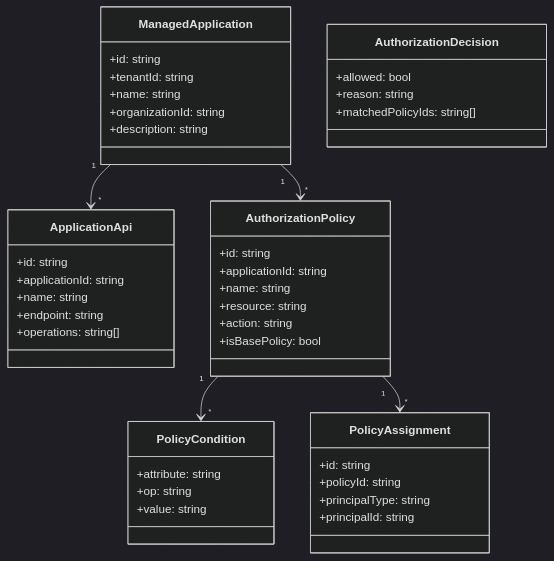
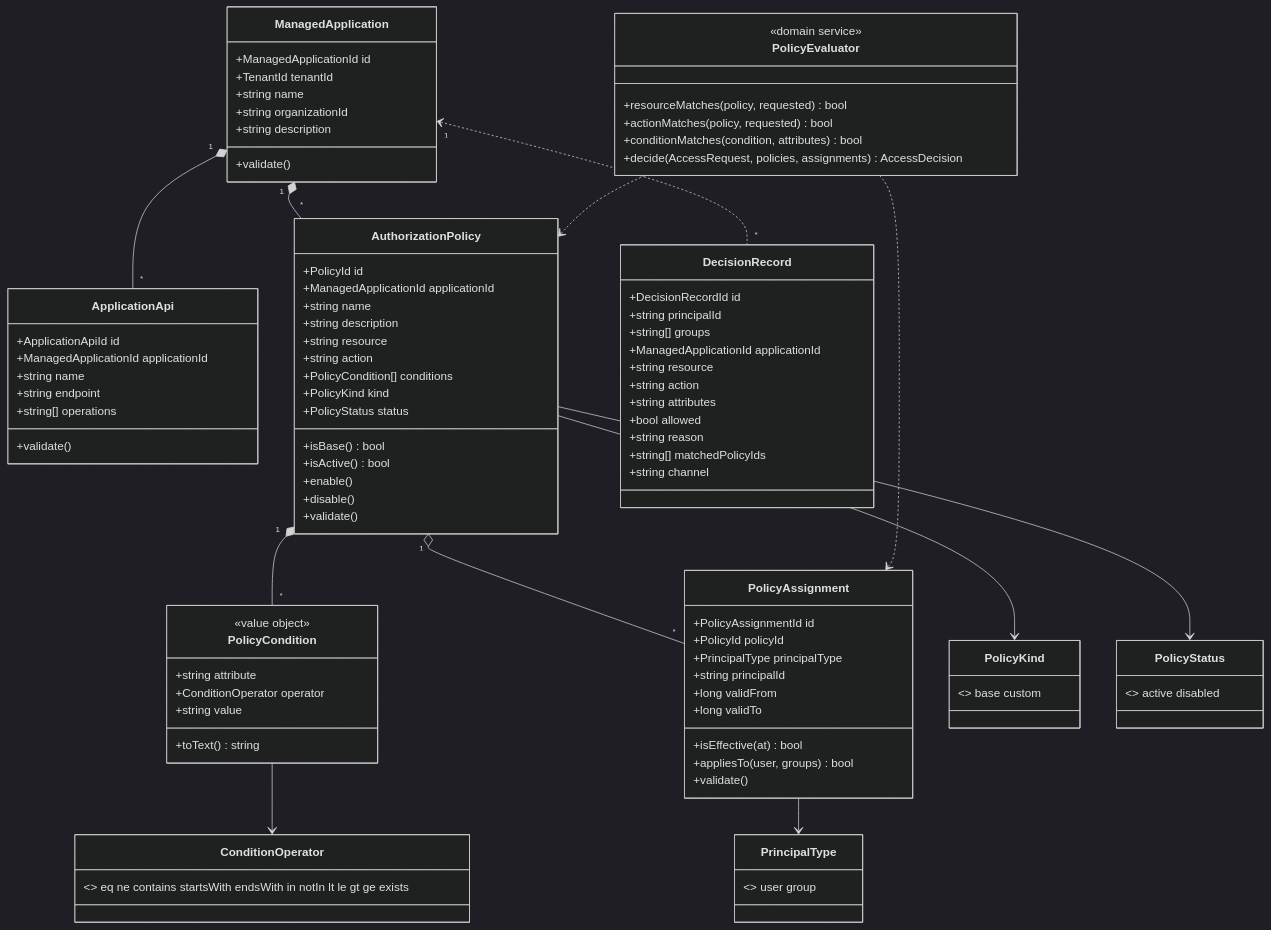
One commit to UIMSolutions/uim-platform changed the second of 8 diagrams in authorization/UML.md. Above: the diagram before and after it, drawn with Mermaid (dark theme). The commit also changed other lines of this file and 57 other files, not shown here.

````diff
--- a/authorization/UML.md
+++ b/authorization/UML.md
@@ -10,51 +74,89 @@
 ```mermaid
 classDiagram
   class ManagedApplication {
-    +id: string
-    +tenantId: string
-    +name: string
-    +organizationId: string
-    +description: string
+    +ManagedApplicationId id
+    +TenantId tenantId
+    +string name
+    +string organizationId
+    +string description
+    +validate()
   }
+  class ApplicationApi {
+    +ApplicationApiId id
+    +ManagedApplicationId applicationId
+    +string name
+    +string endpoint
+    +string[] operations
+    +validate()
+  }
+  class AuthorizationPolicy {
+    +PolicyId id
+    +ManagedApplicationId applicationId
+    +string name
+    +string description
+    +string resource
+    +string action
+    +PolicyCondition[] conditions
+    +PolicyKind kind
+    +PolicyStatus status
+    +isBase() bool
+    +isActive() bool
+    +enable()
+    +disable()
+    +validate()
+  }
+  class PolicyCondition {
+    <<value object>>
+    +string attribute
+    +ConditionOperator operator
+    +string value
+    +toText() string
+  }
+  class PolicyAssignment {
+    +PolicyAssignmentId id
+    +PolicyId policyId
+    +PrincipalType principalType
+    +string principalId
+    +long validFrom
+    +long validTo
+    +isEffective(at) bool
+    +appliesTo(user, groups) bool
+    +validate()
+  }
+  class DecisionRecord {
+    +DecisionRecordId id
+    +string principalId
+    +string[] groups
+    +ManagedApplicationId applicationId
+    +string resource
+    +string action
+    +string attributes
+    +bool allowed
+    +string reason
+    +string[] matchedPolicyIds
+    +string channel
+  }
+  class PolicyEvaluator {
+    <<domain service>>
+    +resourceMatches(policy, requested) bool
+    +actionMatches(policy, requested) bool
+    +conditionMatches(condition, attributes) bool
+    +decide(AccessRequest, policies, assignments) AccessDecision
+  }
+  class PolicyKind { <<enumeration>> base custom }
+  class PolicyStatus { <<enumeration>> active disabled }
+  class PrincipalType { <<enumeration>> user group }
+  class ConditionOperator { <<enumeration>> eq ne contains startsWith endsWith in notIn lt le gt ge exists }
 
-  class ApplicationApi {
-    +id: string
-    +applicationId: string
-    +name: string
-    +endpoint: string
-    +operations: string[]
-  }
-
-  class AuthorizationPolicy {
-    +id: string
-    +applicationId: string
-    +name: string
-    +resource: string
-    +action: string
-    +isBasePolicy: bool
-  }
-
-  class PolicyCondition {
-    +attribute: string
-    +op: string
-    +value: string
-  }
-
-  class PolicyAssignment {
-    +id: string
-    +policyId: string
-    +principalType: string
-    +principalId: string
-  }
-
-  class AuthorizationDecision {
-    +allowed: bool
-    +reason: string
-    +matchedPolicyIds: string[]
-  }
-
-  ManagedApplication "1" --> "*" ApplicationApi
-  ManagedApplication "1" --> "*" AuthorizationPolicy
-  AuthorizationPolicy "1" --> "*" PolicyCondition
-  AuthorizationPolicy "1" --> "*" PolicyAssignment
+  ManagedApplication "1" *-- "*" ApplicationApi
+  ManagedApplication "1" *-- "*" AuthorizationPolicy
+  AuthorizationPolicy "1" *-- "*" PolicyCondition
+  AuthorizationPolicy "1" o-- "*" PolicyAssignment
+  ManagedApplication "1" <.. "*" DecisionRecord
+  PolicyEvaluator ..> AuthorizationPolicy
+  PolicyEvaluator ..> PolicyAssignment
+  AuthorizationPolicy --> PolicyKind
+  AuthorizationPolicy --> PolicyStatus
+  PolicyAssignment --> PrincipalType
+  PolicyCondition --> ConditionOperator
 ```
````
